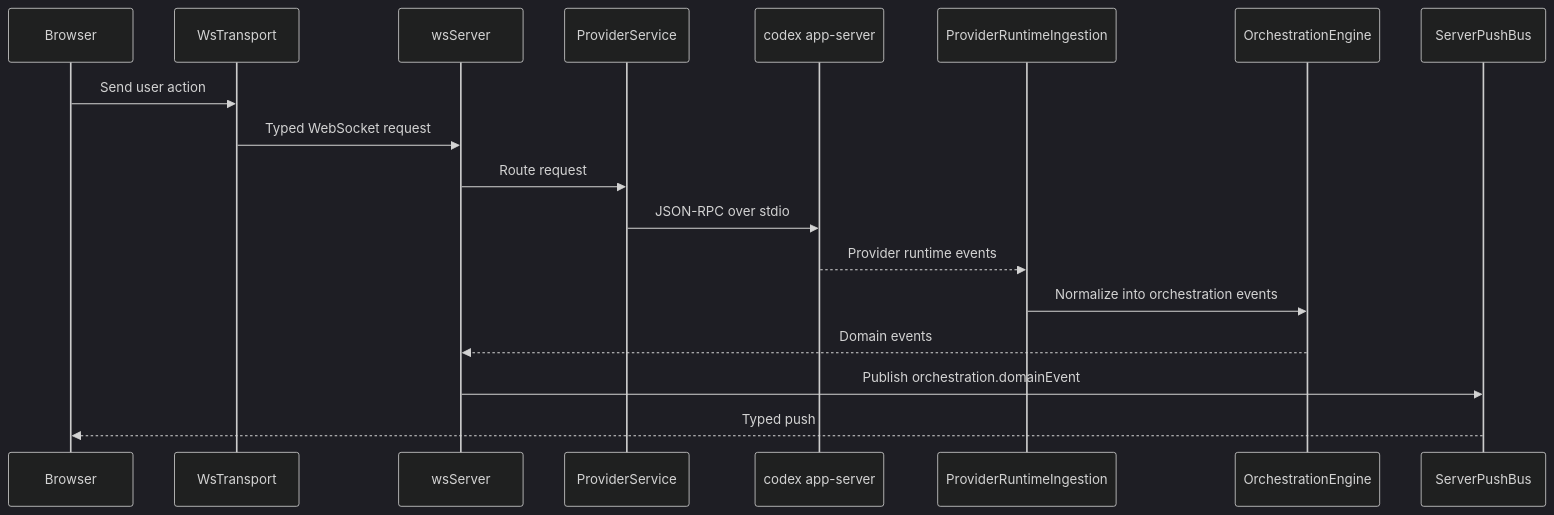
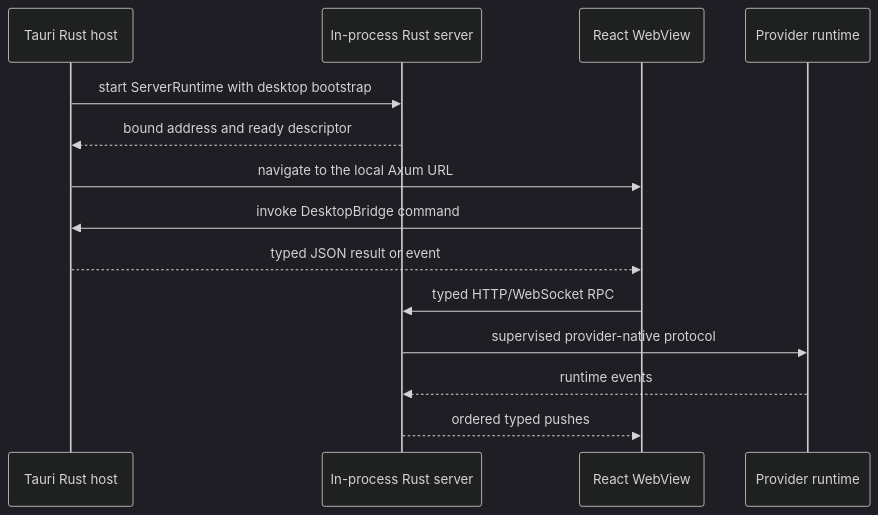
Before and after one commit to mubeda/t4code: the second of 2 diagrams in docs/architecture/overview.md, drawn with Mermaid (dark theme). The commit also changed other lines of this file and 1827 other files, not shown here.

Commit message:
Tauri 2 - Rust migration

````diff
--- a/docs/architecture/overview.md
+++ b/docs/architecture/overview.md
@@ -86,21 +49,17 @@
 ```mermaid
 sequenceDiagram
-    participant Browser
-    participant Transport as WsTransport
-    participant Server as wsServer
-    participant Provider as ProviderService
-    participant Codex as codex app-server
-    participant Ingest as ProviderRuntimeIngestion
-    participant Engine as OrchestrationEngine
-    participant Push as ServerPushBus
+    participant Host as Tauri Rust host
+    participant Server as In-process Rust server
+    participant WebView as React WebView
+    participant Provider as Provider runtime
 
-    Browser->>Transport: Send user action
-    Transport->>Server: Typed WebSocket request
-    Server->>Provider: Route request
-    Provider->>Codex: JSON-RPC over stdio
-    Codex-->>Ingest: Provider runtime events
-    Ingest->>Engine: Normalize into orchestration events
-    Engine-->>Server: Domain events
-    Server->>Push: Publish orchestration.domainEvent
-    Push-->>Browser: Typed push
+    Host->>Server: start ServerRuntime with desktop bootstrap
+    Server-->>Host: bound address and ready descriptor
+    Host->>WebView: navigate to the local Axum URL
+    WebView->>Host: invoke DesktopBridge command
+    Host-->>WebView: typed JSON result or event
+    WebView->>Server: typed HTTP/WebSocket RPC
+    Server->>Provider: supervised provider-native protocol
+    Provider-->>Server: runtime events
+    Server-->>WebView: ordered typed pushes
 ```
````
